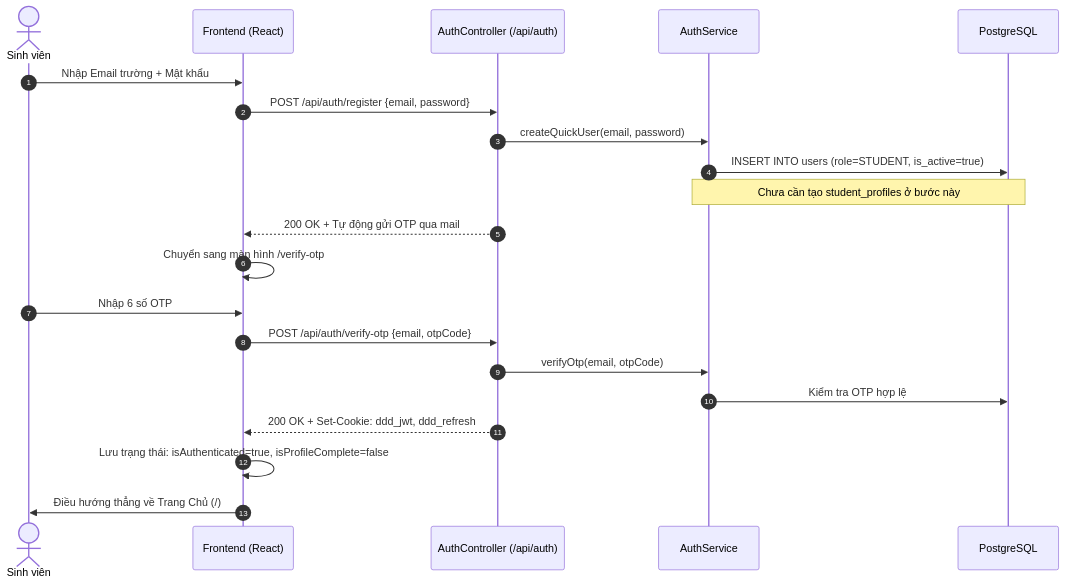
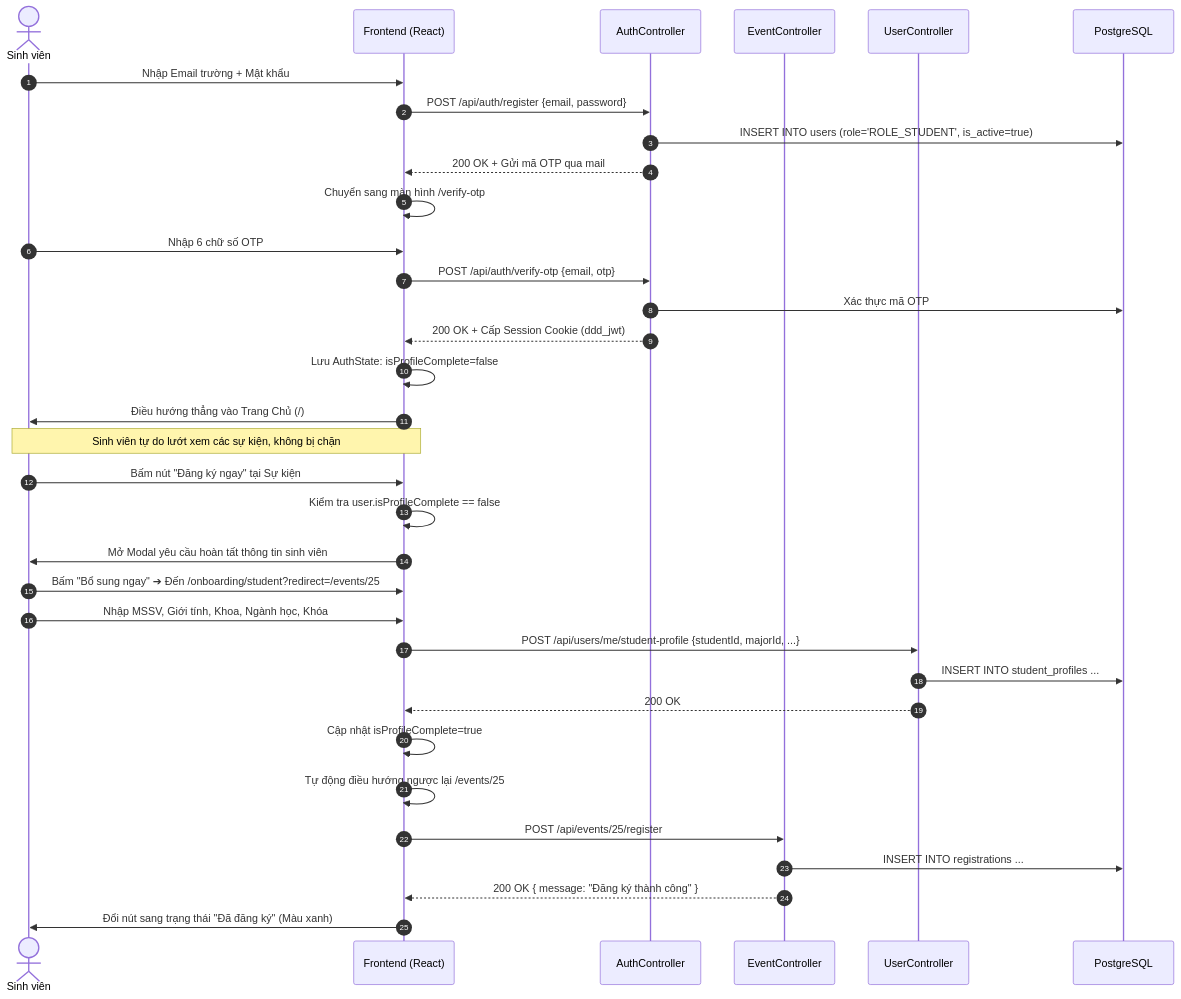
The second of 3 diagrams in docs/deferred_student_onboarding_flow.md (shrimpTVN/Event-Management-Frontend), drawn with Mermaid before and after one commit. The commit also changed other lines of this file, not shown here.

Commit message:
docs: update registration and onboarding flow spec with staff fanpage hub and logout

````diff
--- a/docs/deferred_student_onboarding_flow.md
+++ b/docs/deferred_student_onboarding_flow.md
@@ -55,25 +68,40 @@
 ```mermaid
 sequenceDiagram
     autonumber
-    actor User as Sinh viên
+    actor Student as Sinh viên
     participant FE as Frontend (React)
-    participant Auth as AuthController (/api/auth)
-    participant Service as AuthService
+    participant AuthCtrl as AuthController
+    participant EventCtrl as EventController
+    participant UserCtrl as UserController
     participant DB as PostgreSQL
 
-    User->>FE: Nhập Email trường + Mật khẩu
-    FE->>Auth: POST /api/auth/register {email, password}
-    Auth->>Service: createQuickUser(email, password)
-    Service->>DB: INSERT INTO users (role=STUDENT, is_active=true)
-    Note over Service,DB: Chưa cần tạo student_profiles ở bước này
-    Auth-->>FE: 200 OK + Tự động gửi OTP qua mail
+    Student->>FE: Nhập Email trường + Mật khẩu
+    FE->>AuthCtrl: POST /api/auth/register {email, password}
+    AuthCtrl->>DB: INSERT INTO users (role='ROLE_STUDENT', is_active=true)
+    AuthCtrl-->>FE: 200 OK + Gửi mã OTP qua mail
     FE->>FE: Chuyển sang màn hình /verify-otp
 
-    User->>FE: Nhập 6 số OTP
-    FE->>Auth: POST /api/auth/verify-otp {email, otpCode}
-    Auth->>Service: verifyOtp(email, otpCode)
-    Service->>DB: Kiểm tra OTP hợp lệ
-    Auth-->>FE: 200 OK + Set-Cookie: ddd_jwt, ddd_refresh
-    FE->>FE: Lưu trạng thái: isAuthenticated=true, isProfileComplete=false
-    FE->>User: Điều hướng thẳng về Trang Chủ (/)
+    Student->>FE: Nhập 6 chữ số OTP
+    FE->>AuthCtrl: POST /api/auth/verify-otp {email, otp}
+    AuthCtrl->>DB: Xác thực mã OTP
+    AuthCtrl-->>FE: 200 OK + Cấp Session Cookie (ddd_jwt)
+    FE->>FE: Lưu AuthState: isProfileComplete=false
+    FE->>Student: Điều hướng thẳng vào Trang Chủ (/)
+
+    Note over Student,FE: Sinh viên tự do lướt xem các sự kiện, không bị chặn
+
+    Student->>FE: Bấm nút "Đăng ký ngay" tại Sự kiện #25
+    FE->>FE: Kiểm tra user.isProfileComplete == false
+    FE->>Student: Mở Modal yêu cầu hoàn tất thông tin sinh viên
+    Student->>FE: Bấm "Bổ sung ngay" ➔ Đến /onboarding/student?redirect=/events/25
+    Student->>FE: Nhập MSSV, Giới tính, Khoa, Ngành học, Khóa
+    FE->>UserCtrl: POST /api/users/me/student-profile {studentId, majorId, ...}
+    UserCtrl->>DB: INSERT INTO student_profiles ...
+    UserCtrl-->>FE: 200 OK
+    FE->>FE: Cập nhật isProfileComplete=true
+    FE->>FE: Tự động điều hướng ngược lại /events/25
+    FE->>EventCtrl: POST /api/events/25/register
+    EventCtrl->>DB: INSERT INTO registrations ...
+    EventCtrl-->>FE: 200 OK { message: "Đăng ký thành công" }
+    FE->>Student: Đổi nút sang trạng thái "Đã đăng ký" (Màu xanh)
 ```
````
